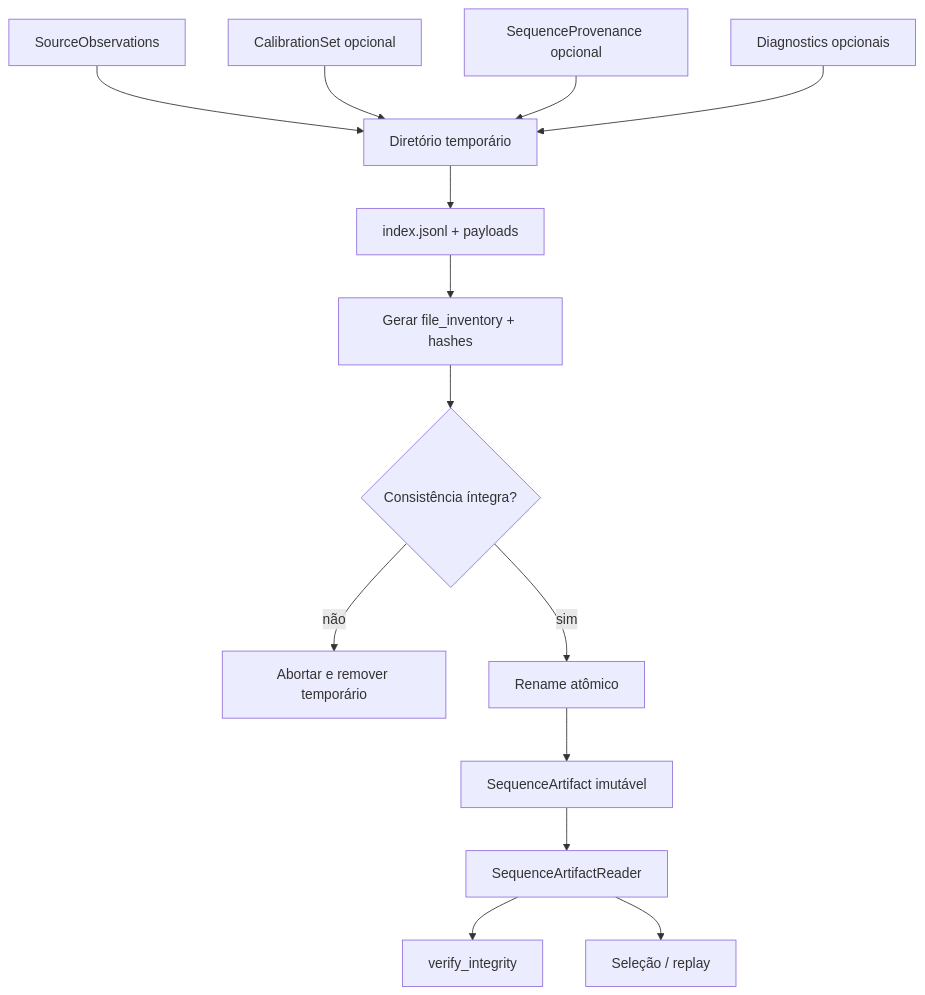
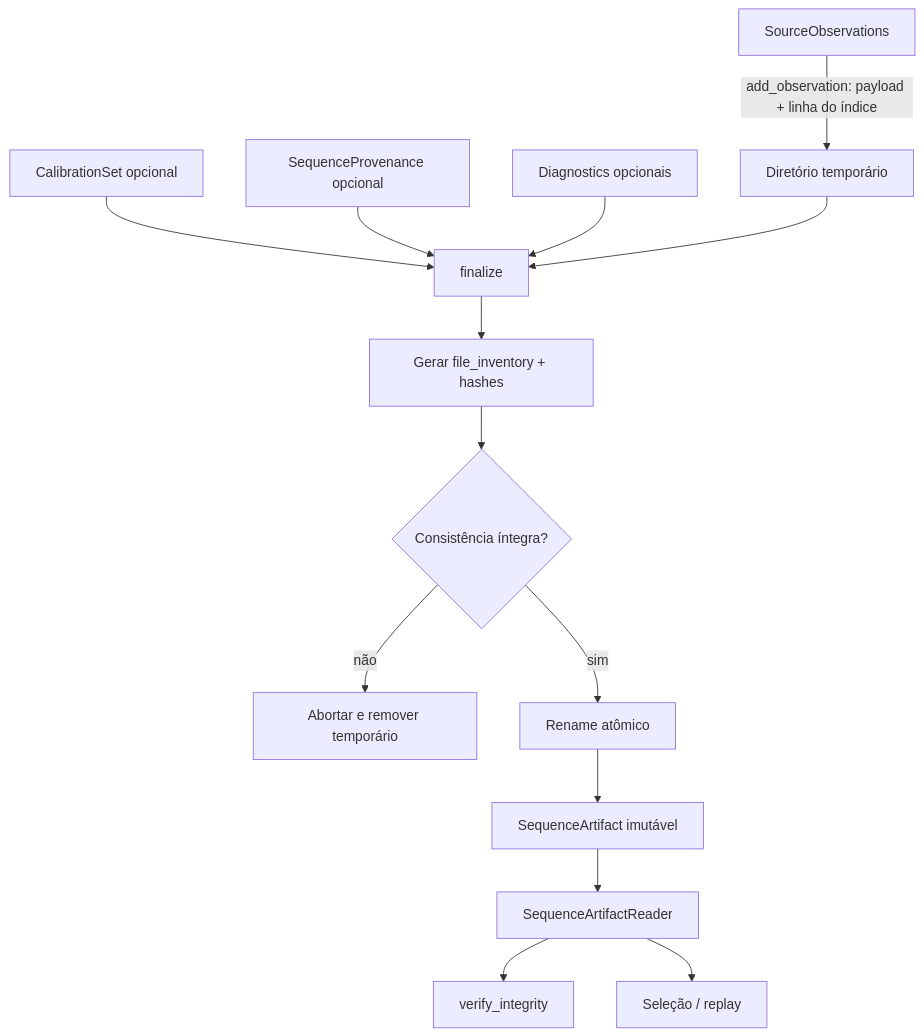
The diagram in src/contextmap/ingestion/docs/artifact.md (Alexandre-Tortoza/contextmap2), drawn with Mermaid before and after one commit. The commit also changed other lines of this file and 2 other files, not shown here.

````diff
--- a/src/contextmap/ingestion/docs/artifact.md
+++ b/src/contextmap/ingestion/docs/artifact.md
@@ -65,18 +65,18 @@
 ```mermaid
 flowchart TD
-    O[SourceObservations] --> TMP[Diretório temporário]
-    C[CalibrationSet opcional] --> TMP
-    P[SequenceProvenance opcional] --> TMP
-    D[Diagnostics opcionais] --> TMP
+    O[SourceObservations] -->|add_observation: payload + linha do índice| TMP[Diretório temporário]
+    C[CalibrationSet opcional] --> FIN[finalize]
+    P[SequenceProvenance opcional] --> FIN
+    D[Diagnostics opcionais] --> FIN
 
-    TMP --> IDX[index.jsonl + payloads]
-    IDX --> INV[Gerar file_inventory + hashes]
+    TMP --> FIN
+    FIN --> INV[Gerar file_inventory + hashes]
     INV --> V{Consistência íntegra?}
     V -- não --> FAIL[Abortar e remover temporário]
     V -- sim --> REN[Rename atômico]
     REN --> ART[SequenceArtifact imutável]
 
     ART --> R[SequenceArtifactReader]
     R --> VERIFY[verify_integrity]
     R --> REPLAY[Seleção / replay]
 ```
````
